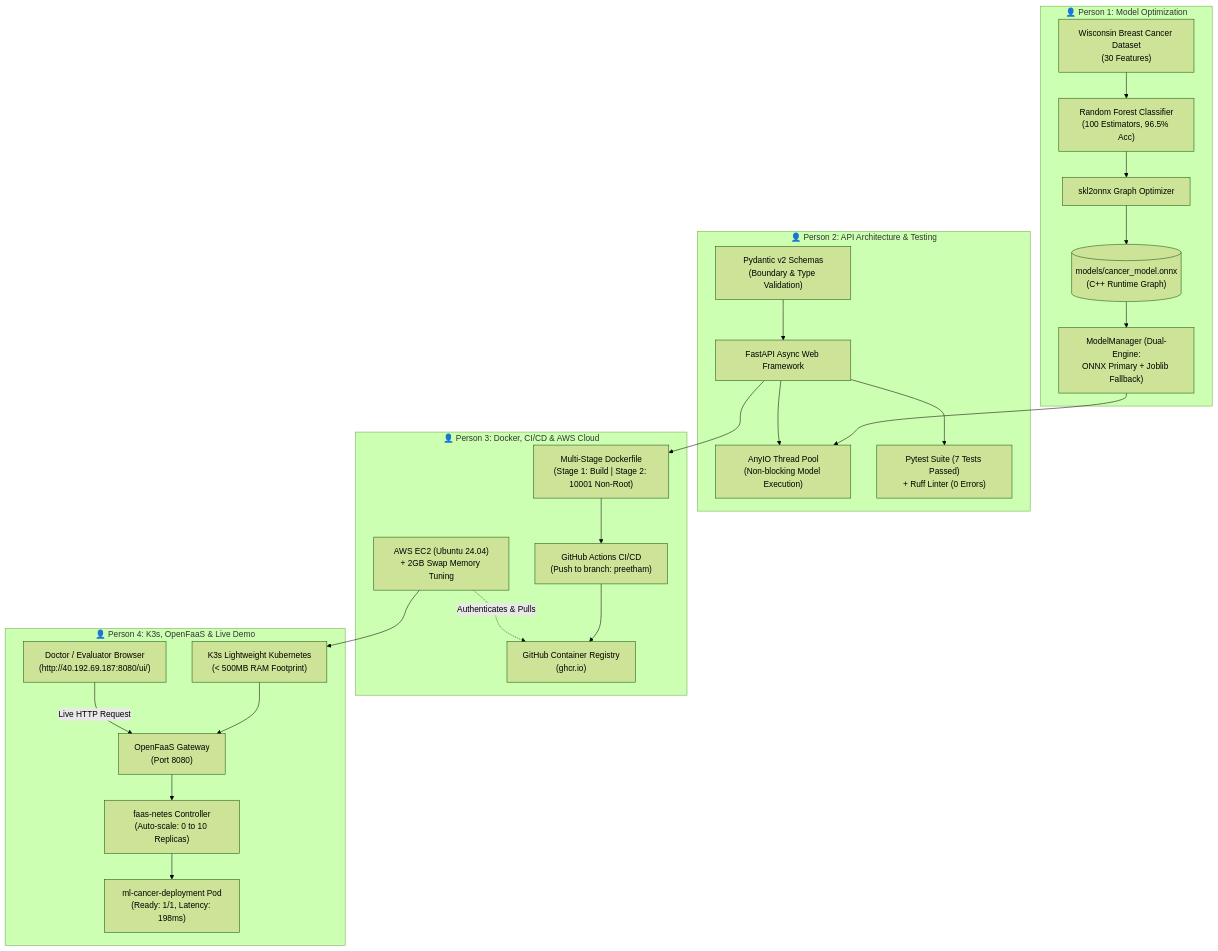
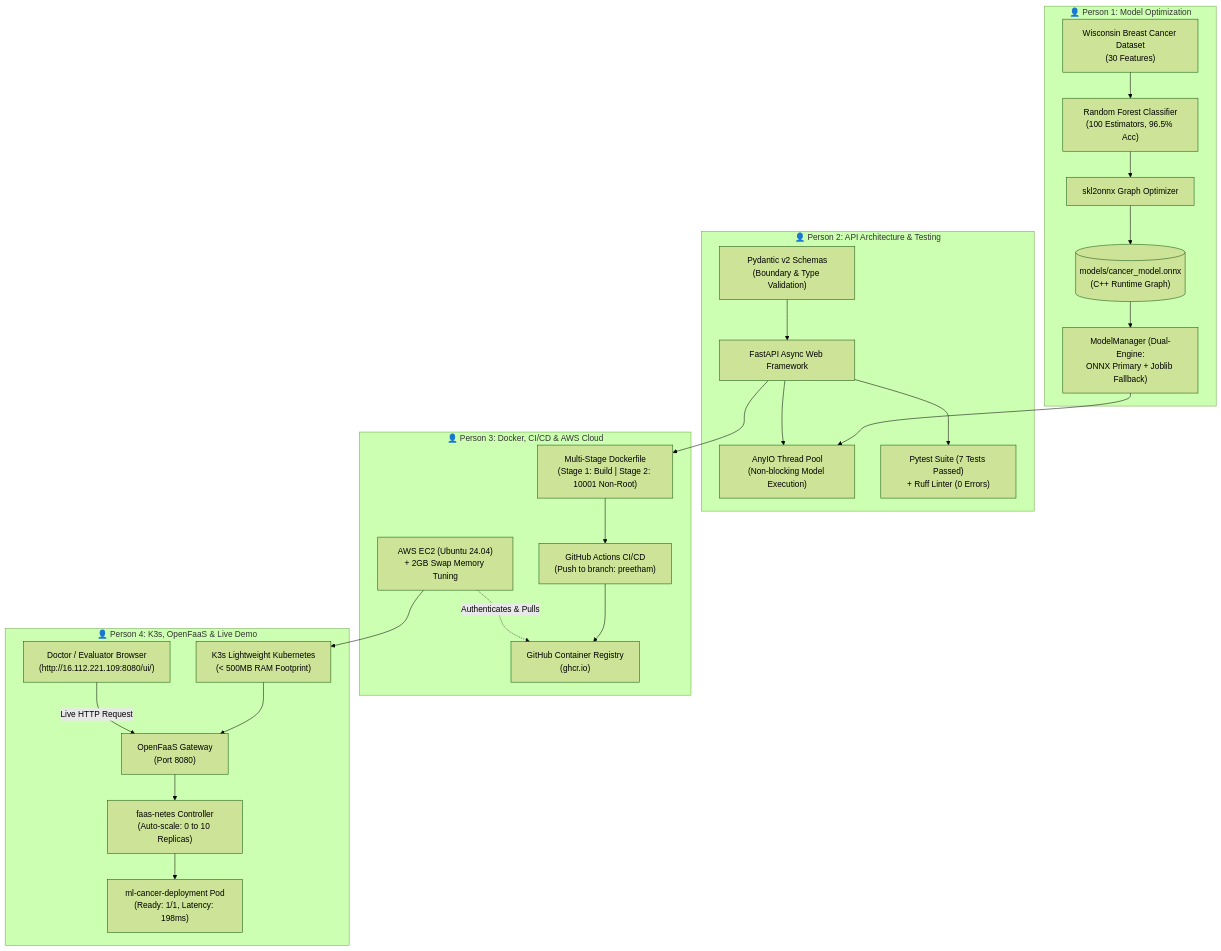
The first of 4 diagrams in presentation.md (Taksh9347/Efficient-ML-Model-Deployment), drawn with Mermaid (forest theme) before and after one commit. The commit also changed other lines of this file, not shown here.

````diff
--- a/presentation.md
+++ b/presentation.md
@@ -25,46 +25,46 @@
 ```mermaid
 flowchart TD
     subgraph P1_Scope ["👤 Person 1: Model Optimization"]
         Dataset["Wisconsin Breast Cancer Dataset\n(30 Features)"]
         Train["Random Forest Classifier\n(100 Estimators, 96.5% Acc)"]
         ONNXConv["skl2onnx Graph Optimizer"]
         ONNXFile[("models/cancer_model.onnx\n(C++ Runtime Graph)")]
         ModelMgr["ModelManager (Dual-Engine:\nONNX Primary + Joblib Fallback)"]
 
         Dataset --> Train --> ONNXConv --> ONNXFile --> ModelMgr
     end
 
     subgraph P2_Scope ["👤 Person 2: API Architecture & Testing"]
         Pydantic["Pydantic v2 Schemas\n(Boundary & Type Validation)"]
         FastAPIApp["FastAPI Async Web Framework"]
         ThreadPool["AnyIO Thread Pool\n(Non-blocking Model Execution)"]
         PytestSuite["Pytest Suite (7 Tests Passed)\n+ Ruff Linter (0 Errors)"]
 
         Pydantic --> FastAPIApp
         ModelMgr --> ThreadPool
         FastAPIApp --> ThreadPool
         FastAPIApp --> PytestSuite
     end
 
     subgraph P3_Scope ["👤 Person 3: Docker, CI/CD & AWS Cloud"]
         Dockerfile["Multi-Stage Dockerfile\n(Stage 1: Build | Stage 2: 10001 Non-Root)"]
         GHActions["GitHub Actions CI/CD\n(Push to branch: preetham)"]
         GHCR["GitHub Container Registry\n(ghcr.io)"]
         AWSEC2["AWS EC2 (Ubuntu 24.04)\n+ 2GB Swap Memory Tuning"]
 
         FastAPIApp --> Dockerfile
         Dockerfile --> GHActions --> GHCR
         AWSEC2 -.->|Authenticates & Pulls| GHCR
     end
 
     subgraph P4_Scope ["👤 Person 4: K3s, OpenFaaS & Live Demo"]
         K3s["K3s Lightweight Kubernetes\n(< 500MB RAM Footprint)"]
         OFGateway["OpenFaaS Gateway\n(Port 8080)"]
         OFOperator["faas-netes Controller\n(Auto-scale: 0 to 10 Replicas)"]
         LivePod["ml-cancer-deployment Pod\n(Ready: 1/1, Latency: 198ms)"]
-        BrowserUI["Doctor / Evaluator Browser\n(http://40.192.69.187:8080/ui/)"]
+        BrowserUI["Doctor / Evaluator Browser\n(http://16.112.221.109:8080/ui/)"]
 
         AWSEC2 --> K3s --> OFGateway --> OFOperator --> LivePod
         BrowserUI -->|Live HTTP Request| OFGateway
     end
 ```
````
